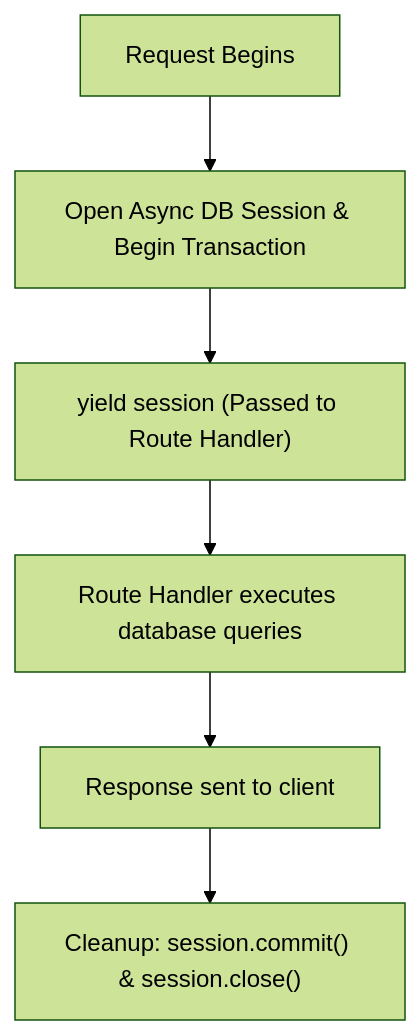
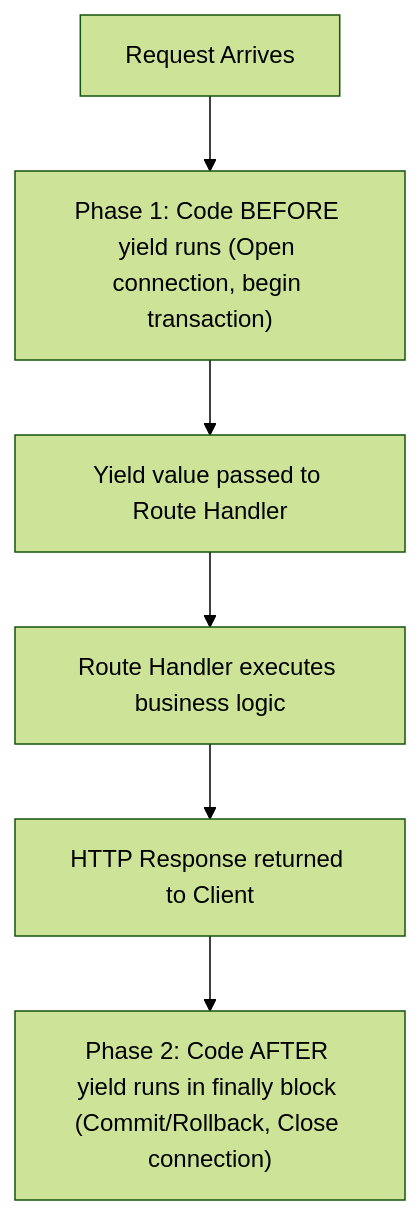
One commit to primecoderIN/learning-docs changed the third of 8 diagrams in Python_FastAPI_AI_Architect/14_Module_14_Dependency_Injection_and_Security.md. Above: the diagram before and after it, drawn with Mermaid (forest theme). The commit also changed other lines of this file and 21 other files, not shown here.

````diff
--- a/Python_FastAPI_AI_Architect/14_Module_14_Dependency_Injection_and_Security.md
+++ b/Python_FastAPI_AI_Architect/14_Module_14_Dependency_Injection_and_Security.md
@@ -271,8 +466,8 @@
 ```mermaid
 flowchart TD
-    Start["Request Begins"] --> Open["Open Async DB Session & Begin Transaction"]
-    Open --> YieldVal["yield session (Passed to Route Handler)"]
-    YieldVal --> Handler["Route Handler executes database queries"]
-    Handler --> Done["Response sent to client"]
-    Done --> Close["Cleanup: session.commit() & session.close()"]
+    A["Request Arrives"] --> B["Phase 1: Code BEFORE yield runs (Open connection, begin transaction)"]
+    B --> C["Yield value passed to Route Handler"]
+    C --> D["Route Handler executes business logic"]
+    D --> E["HTTP Response returned to Client"]
+    E --> F["Phase 2: Code AFTER yield runs in finally block (Commit/Rollback, Close connection)"]
 ```
````
